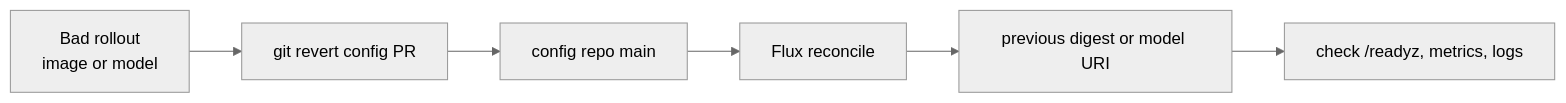
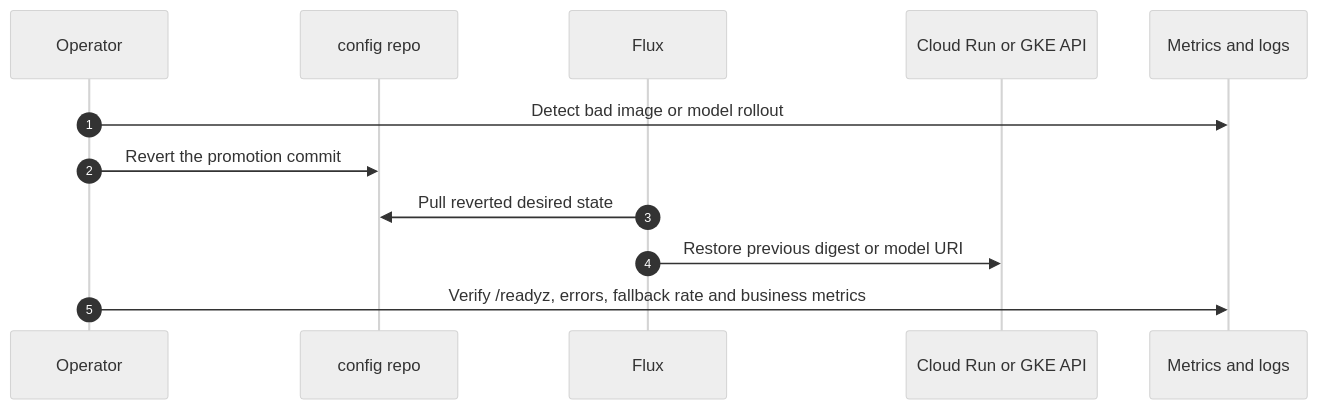
The eighth of 8 diagrams in docs/architecture.md (werpo78/videorank-mlops-app), drawn with Mermaid (neutral theme) before and after one commit. The commit also changed other lines of this file, not shown here.

Commit message:
Clarify architecture diagrams

````diff
--- a/docs/architecture.md
+++ b/docs/architecture.md
@@ -181,8 +207,15 @@
 ```mermaid
-flowchart LR
-    Incident["Bad rollout<br/>image or model"] --> Revert["git revert config PR"]
-    Revert --> Main["config repo main"]
-    Main --> Flux["Flux reconcile"]
-    Flux --> Previous["previous digest or model URI"]
-    Previous --> Verify["check /readyz, metrics, logs"]
+sequenceDiagram
+    autonumber
+    participant OnCall as Operator
+    participant Config as config repo
+    participant Flux as Flux
+    participant Runtime as Cloud Run or GKE API
+    participant Obs as Metrics and logs
+
+    OnCall->>Obs: Detect bad image or model rollout
+    OnCall->>Config: Revert the promotion commit
+    Flux->>Config: Pull reverted desired state
+    Flux->>Runtime: Restore previous digest or model URI
+    OnCall->>Obs: Verify /readyz, errors, fallback rate and business metrics
 ```
````
